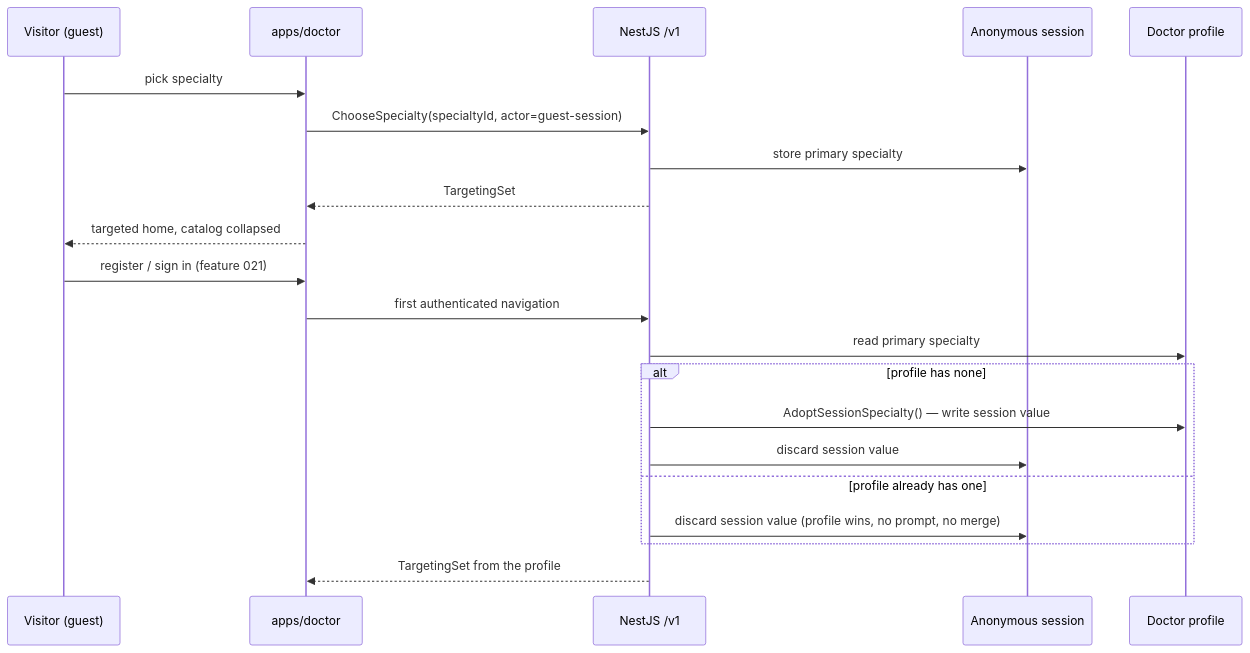
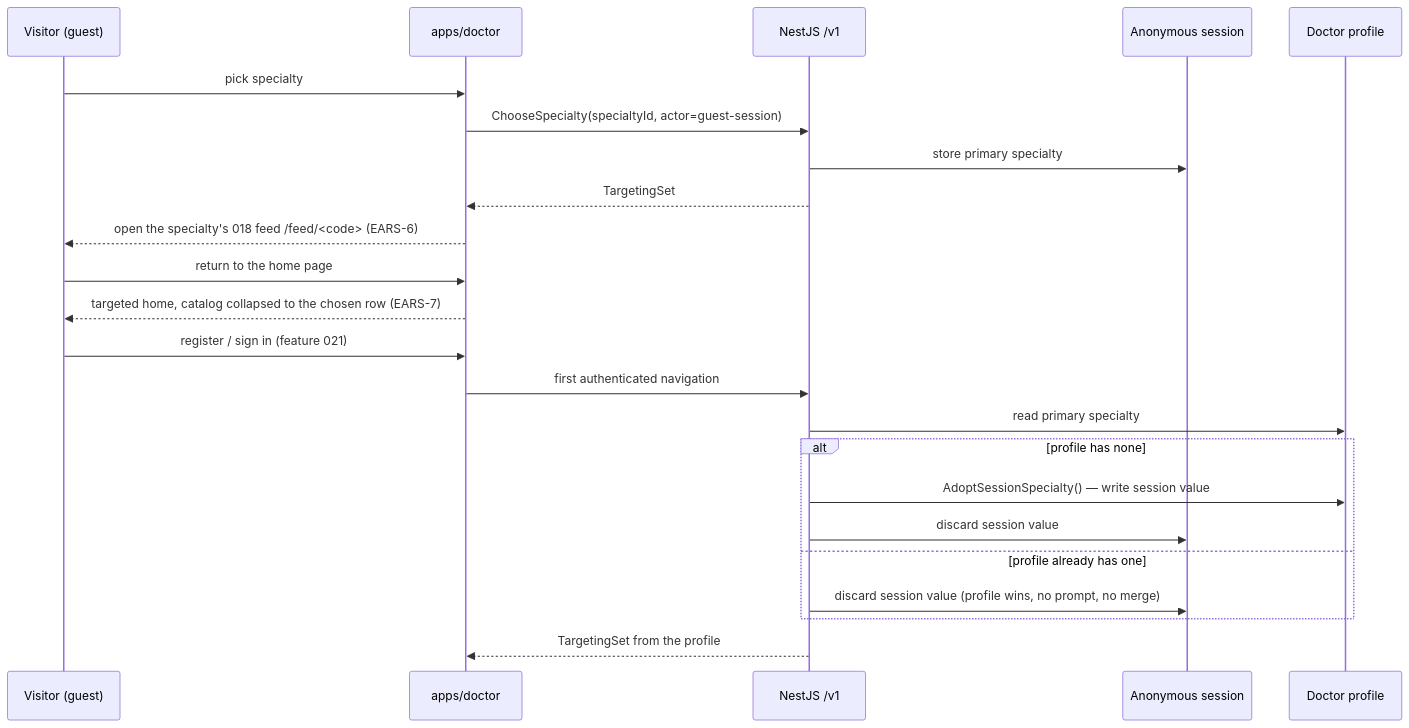
Before and after one commit to doctor-school/ds-platform: the fourth of 5 diagrams in apps/docs/content/specs/features/017-doctor-shell-specialties/017-design.md, drawn with Mermaid. The commit also changed other lines of this file and 5 other files, not shown here.

````diff
--- a/apps/docs/content/specs/features/017-doctor-shell-specialties/017-design.md
+++ b/apps/docs/content/specs/features/017-doctor-shell-specialties/017-design.md
@@ -124,25 +124,28 @@
 ```mermaid
 sequenceDiagram
   participant V as Visitor (guest)
   participant D as apps/doctor
   participant API as NestJS /v1
   participant S as Anonymous session
   participant P as Doctor profile
 
   V->>D: pick specialty
   D->>API: ChooseSpecialty(specialtyId, actor=guest-session)
   API->>S: store primary specialty
   API-->>D: TargetingSet
-  D-->>V: targeted home, catalog collapsed
+  D-->>V: open the specialty's 018 feed /feed/<code> (EARS-6)
+
+  V->>D: return to the home page
+  D-->>V: targeted home, catalog collapsed to the chosen row (EARS-7)
 
   V->>D: register / sign in (feature 021)
   D->>API: first authenticated navigation
   API->>P: read primary specialty
   alt profile has none
     API->>P: AdoptSessionSpecialty() — write session value
     API->>S: discard session value
   else profile already has one
     API->>S: discard session value (profile wins, no prompt, no merge)
   end
   API-->>D: TargetingSet from the profile
 ```
````
